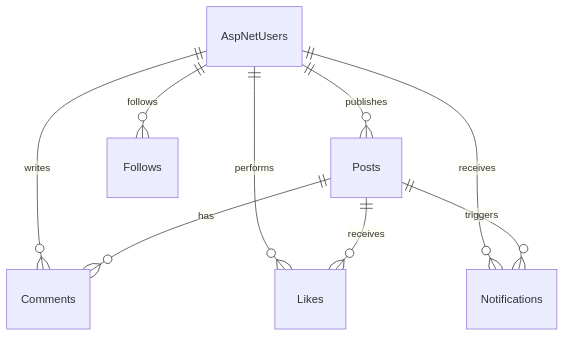
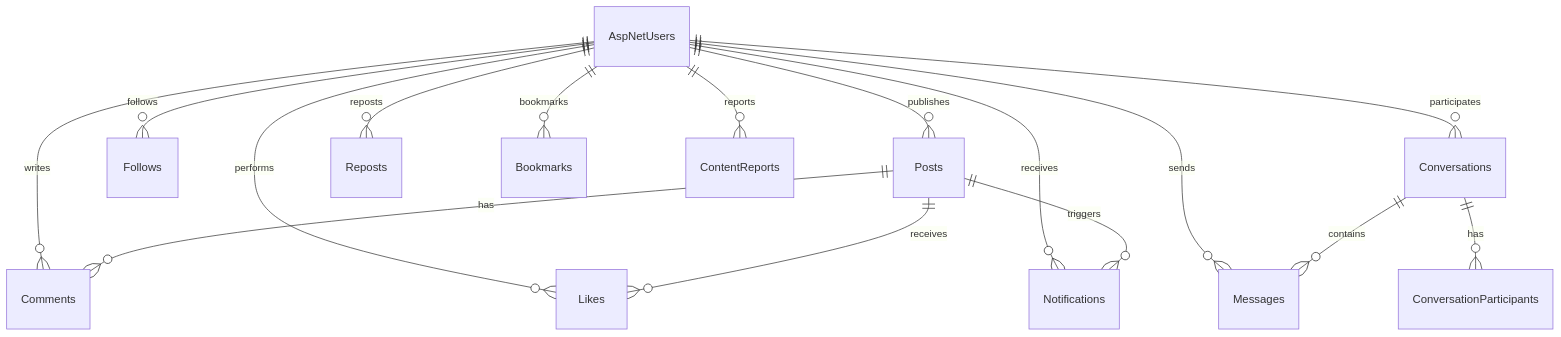
Diagram 13 of 13 in README.md (KazenWilver/nzolanet), drawn with Mermaid before and after one commit. The commit also changed other lines of this file, not shown here.

````diff
--- a/README.md
+++ b/README.md
@@ -479,11 +690,18 @@
 ```mermaid
 erDiagram
     AspNetUsers ||--o{ Posts : publishes
     AspNetUsers ||--o{ Comments : writes
     AspNetUsers ||--o{ Likes : performs
     AspNetUsers ||--o{ Follows : follows
     AspNetUsers ||--o{ Notifications : receives
+    AspNetUsers ||--o{ Conversations : participates
+    AspNetUsers ||--o{ Messages : sends
+    AspNetUsers ||--o{ Reposts : reposts
+    AspNetUsers ||--o{ Bookmarks : bookmarks
+    AspNetUsers ||--o{ ContentReports : reports
     Posts ||--o{ Comments : has
     Posts ||--o{ Likes : receives
     Posts ||--o{ Notifications : triggers
+    Conversations ||--o{ Messages : contains
+    Conversations ||--o{ ConversationParticipants : has
 ```
````
